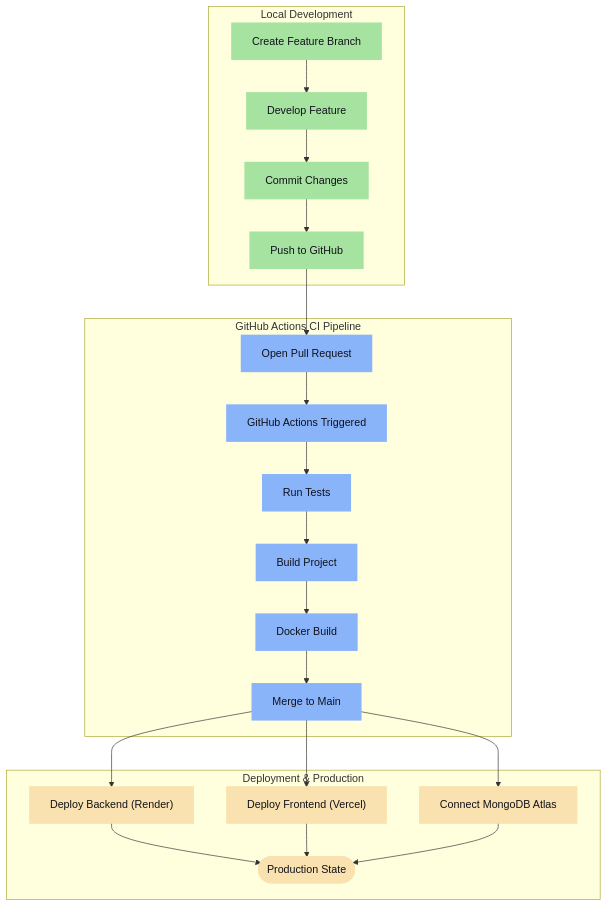
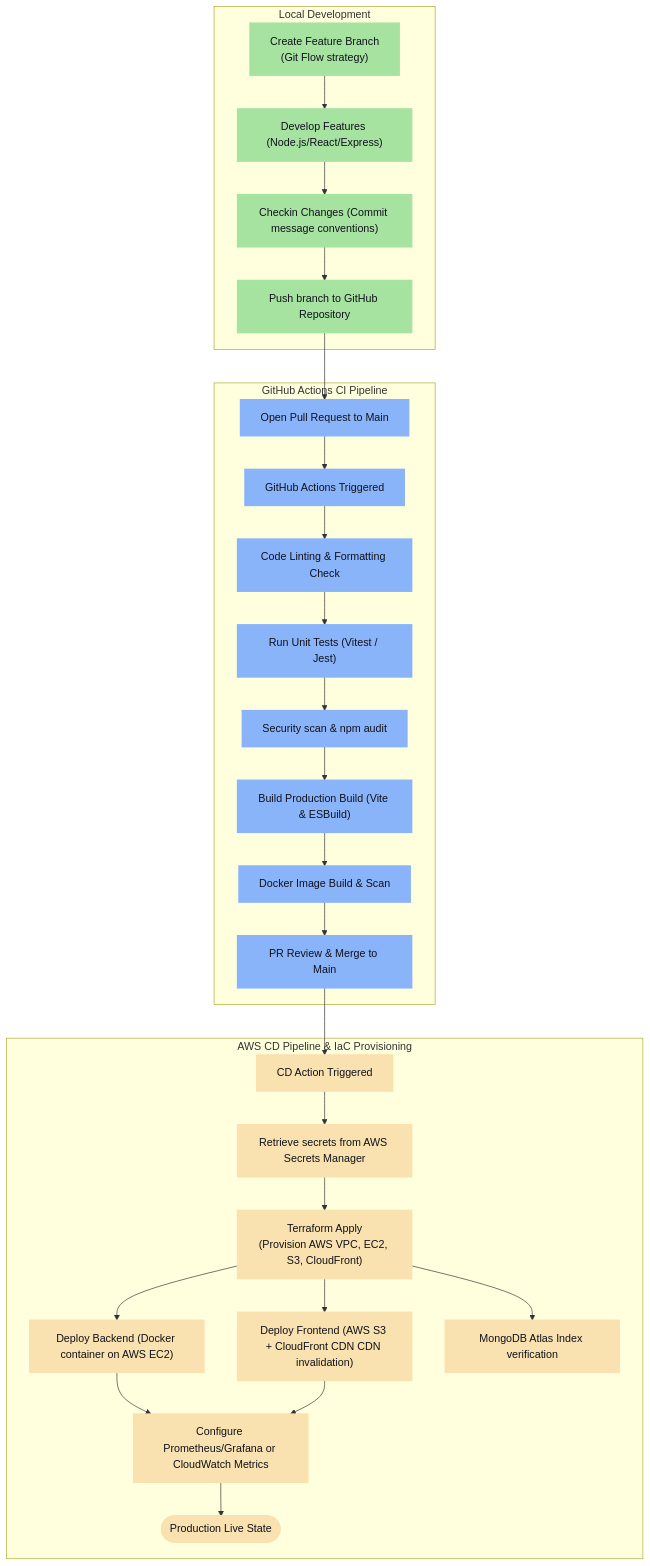
One commit to Dhayananth1511/AI-Travel-Planner_CapStoneProject_Presidio_InternShip changed the fourth of 5 diagrams in README.md. Above: the diagram before and after it, drawn with Mermaid. The commit also changed other lines of this file, not shown here.

Commit message:
Flow chart

````diff
--- a/README.md
+++ b/README.md
@@ -478,43 +167,53 @@
 ```mermaid
 graph TD
     classDef default fill:#1e1e2e,stroke:#cdd6f4,stroke-width:2px,color:#cdd6f4;
     classDef local fill:#a6e3a1,stroke:#a6e3a1,stroke-width:2px,color:#11111b;
     classDef ci fill:#89b4fa,stroke:#89b4fa,stroke-width:2px,color:#11111b;
     classDef cd fill:#f9e2af,stroke:#f9e2af,stroke-width:2px,color:#11111b;
     
     subgraph Local ["Local Development"]
-        Branch["Create Feature Branch"]:::local
-        Dev["Develop Feature"]:::local
-        Commit["Commit Changes"]:::local
-        Push["Push to GitHub"]:::local
+        Branch["Create Feature Branch<br/>(Git Flow strategy)"]:::local
+        Dev["Develop Features (Node.js/React/Express)"]:::local
+        Commit["Checkin Changes (Commit message conventions)"]:::local
+        Push["Push branch to GitHub Repository"]:::local
         
         Branch --> Dev --> Commit --> Push
     end
     
     subgraph CI ["GitHub Actions CI Pipeline"]
-        PR["Open Pull Request"]:::ci
+        PR["Open Pull Request to Main"]:::ci
         GA["GitHub Actions Triggered"]:::ci
-        Tests["Run Tests"]:::ci
-        Build["Build Project"]:::ci
-        Docker["Docker Build"]:::ci
-        Merge["Merge to Main"]:::ci
+        LintFormatter["Code Linting & Formatting Check"]:::ci
+        Tests["Run Unit Tests (Vitest / Jest)"]:::ci
+        SecurityScan["Security scan & npm audit"]:::ci
+        Build["Build Production Build (Vite & ESBuild)"]:::ci
+        Docker["Docker Image Build & Scan"]:::ci
+        Merge["PR Review & Merge to Main"]:::ci
         
-        PR --> GA --> Tests --> Build --> Docker --> Merge
+        PR --> GA --> LintFormatter --> Tests --> SecurityScan --> Build --> Docker --> Merge
     end
     
-    subgraph CD ["Deployment & Production"]
-        DepBack["Deploy Backend (Render)"]:::cd
-        DepFront["Deploy Frontend (Vercel)"]:::cd
-        DB["Connect MongoDB Atlas"]:::cd
-        Prod(["Production State"]):::cd
+    subgraph CD ["AWS CD Pipeline & IaC Provisioning"]
+        TriggerCD["CD Action Triggered"]:::cd
+        SecretsRetrieve["Retrieve secrets from AWS Secrets Manager"]:::cd
+        Terraform["Terraform Apply<br/>(Provision AWS VPC, EC2, S3, CloudFront)"]:::cd
         
-        DepBack --> Prod
-        DepFront --> Prod
-        DB --> Prod
+        DepBack["Deploy Backend (Docker container on AWS EC2)"]:::cd
+        DepFront["Deploy Frontend (AWS S3 + CloudFront CDN CDN invalidation)"]:::cd
+        DB["MongoDB Atlas Index verification"]:::cd
+        CloudWatch["Configure Prometheus/Grafana or CloudWatch Metrics"]:::cd
+        Prod(["Production Live State"]):::cd
+        
+        TriggerCD --> SecretsRetrieve --> Terraform
+        Terraform --> DepBack
+        Terraform --> DepFront
+        Terraform --> DB
+        
+        DepBack --> CloudWatch
+        DepFront --> CloudWatch
+        CloudWatch --> Prod
     end
 
     Push --> PR
-    Merge --> DepBack
-    Merge --> DepFront
-    Merge --> DB
+    Merge --> TriggerCD
 ```
````
